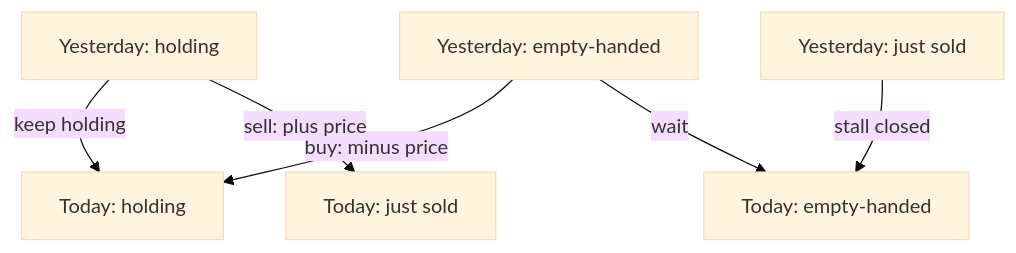
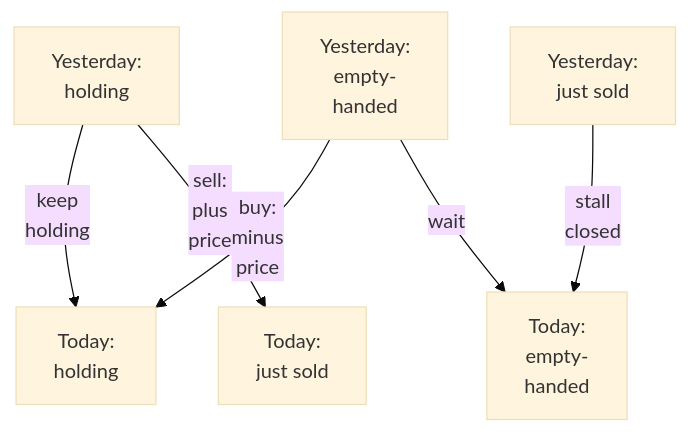
One commit to duongbui234/software-engineering-atlas changed the second of 2 diagrams in content/en/problems/best-time-to-buy-and-sell-stock-with-cooldown.md. Above: the diagram before and after it, drawn with Mermaid (base theme). The commit also changed 134 other files, not shown here.

First line of the commit message:
Fit every Mermaid diagram at 390px without sideways scroll (#56)

````diff
--- a/content/en/problems/best-time-to-buy-and-sell-stock-with-cooldown.md
+++ b/content/en/problems/best-time-to-buy-and-sell-stock-with-cooldown.md
@@ -96,14 +96,14 @@
 ```mermaid
 flowchart TB
-  H0["Yesterday: holding"]
-  S0["Yesterday: just sold"]
-  R0["Yesterday: empty-handed"]
-  H1["Today: holding"]
-  S1["Today: just sold"]
-  R1["Today: empty-handed"]
-  H0 -->|"keep holding"| H1
-  R0 -->|"buy: minus price"| H1
-  H0 -->|"sell: plus price"| S1
-  S0 -->|"stall closed"| R1
+  H0["Yesterday:<br/>holding"]
+  S0["Yesterday:<br/>just sold"]
+  R0["Yesterday:<br/>empty-<br/>handed"]
+  H1["Today:<br/>holding"]
+  S1["Today:<br/>just sold"]
+  R1["Today:<br/>empty-<br/>handed"]
+  H0 -->|"keep<br/>holding"| H1
+  R0 -->|"buy:<br/>minus<br/>price"| H1
+  H0 -->|"sell:<br/>plus<br/>price"| S1
+  S0 -->|"stall<br/>closed"| R1
   R0 -->|"wait"| R1
 ```
````
